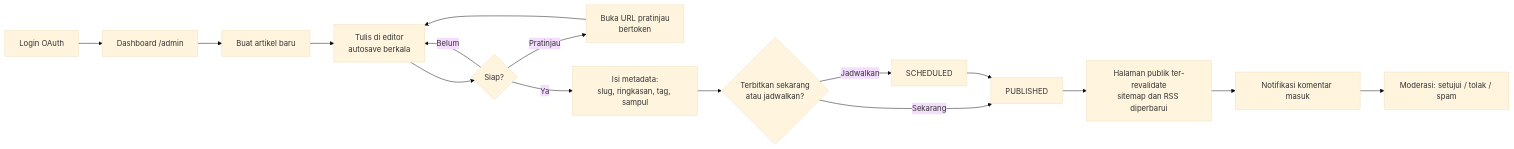
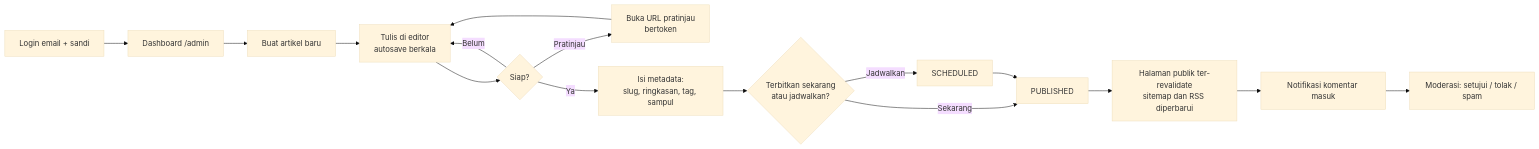
One commit to reyfuu/blogspot changed the first of 2 diagrams in docs/PRD.md. Above: the diagram before and after it, drawn with Mermaid (base theme). The commit also changed other lines of this file and 15 other files, not shown here.

First line of the commit message:
feat!: ganti OAuth GitHub dengan login email + kata sandi owner

````diff
--- a/docs/PRD.md
+++ b/docs/PRD.md
@@ -63,17 +63,17 @@
 ```mermaid
 flowchart LR
-    A["Login OAuth"] --> B["Dashboard /admin"]
+    A["Login email + sandi"] --> B["Dashboard /admin"]
     B --> C["Buat artikel baru"]
     C --> D["Tulis di editor<br/>autosave berkala"]
     D --> E{"Siap?"}
     E -- Belum --> D
     E -- Pratinjau --> F["Buka URL pratinjau<br/>bertoken"]
     F --> D
     E -- Ya --> G["Isi metadata:<br/>slug, ringkasan, tag, sampul"]
     G --> H{"Terbitkan sekarang<br/>atau jadwalkan?"}
     H -- Sekarang --> I["PUBLISHED"]
     H -- Jadwalkan --> J["SCHEDULED"] --> I
     I --> K["Halaman publik ter-revalidate<br/>sitemap dan RSS diperbarui"]
     K --> L["Notifikasi komentar masuk"]
     L --> M["Moderasi: setujui / tolak / spam"]
 ```
````
